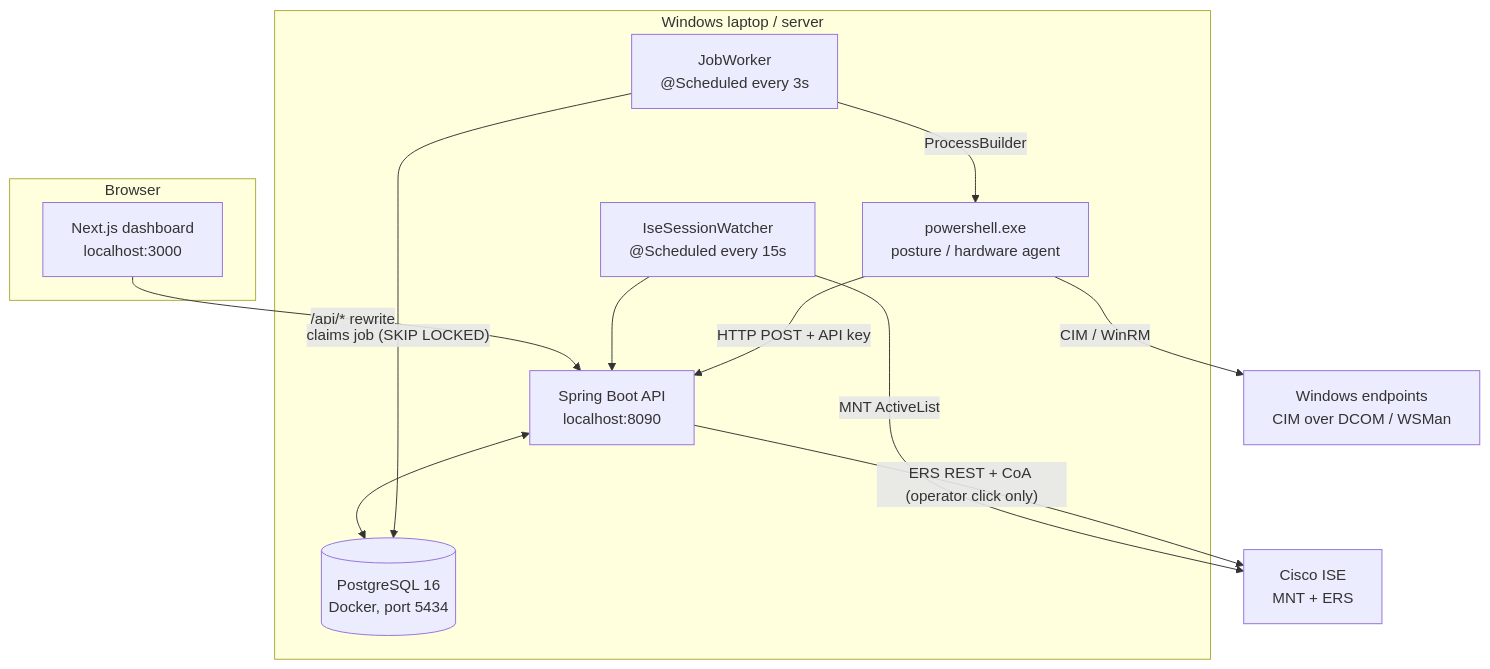
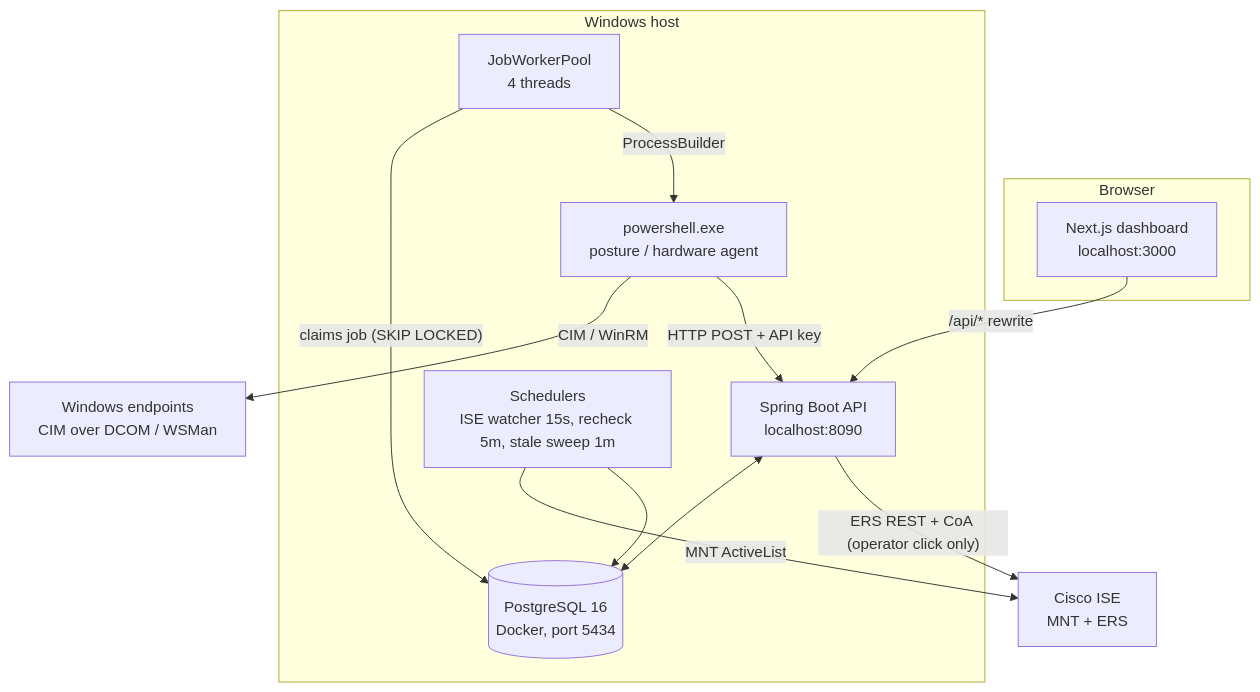
Before and after one commit to majordevbhargav/Endpoint-Posture-Java: the diagram in Doc/PROJECT_COMPLETE_GUIDE.md, drawn with Mermaid. The commit also changed other lines of this file and 17 other files, not shown here.

````diff
--- a/Doc/PROJECT_COMPLETE_GUIDE.md
+++ b/Doc/PROJECT_COMPLETE_GUIDE.md
@@ -59,25 +59,25 @@
 ```mermaid
 flowchart TD
     subgraph Browser
         FE["Next.js dashboard<br/>localhost:3000"]
     end
-    subgraph Host["Windows laptop / server"]
+    subgraph Host["Windows host"]
         API["Spring Boot API<br/>localhost:8090"]
-        WORKER["JobWorker<br/>@Scheduled every 3s"]
-        WATCH["IseSessionWatcher<br/>@Scheduled every 15s"]
+        POOL["JobWorkerPool<br/>4 threads"]
+        SCHED["Schedulers<br/>ISE watcher 15s, recheck 5m, stale sweep 1m"]
         PS["powershell.exe<br/>posture / hardware agent"]
         DB[("PostgreSQL 16<br/>Docker, port 5434")]
     end
     ISE["Cisco ISE<br/>MNT + ERS"]
     EP["Windows endpoints<br/>CIM over DCOM / WSMan"]
 
     FE -- "/api/* rewrite" --> API
     API <--> DB
-    WATCH -- "MNT ActiveList" --> ISE
-    WATCH --> API
-    WORKER -- "claims job (SKIP LOCKED)" --> DB
-    WORKER -- "ProcessBuilder" --> PS
+    SCHED -- "MNT ActiveList" --> ISE
+    SCHED --> DB
+    POOL -- "claims job (SKIP LOCKED)" --> DB
+    POOL -- "ProcessBuilder" --> PS
     PS -- "CIM / WinRM" --> EP
     PS -- "HTTP POST + API key" --> API
     API -- "ERS REST + CoA (operator click only)" --> ISE
 ```
````
